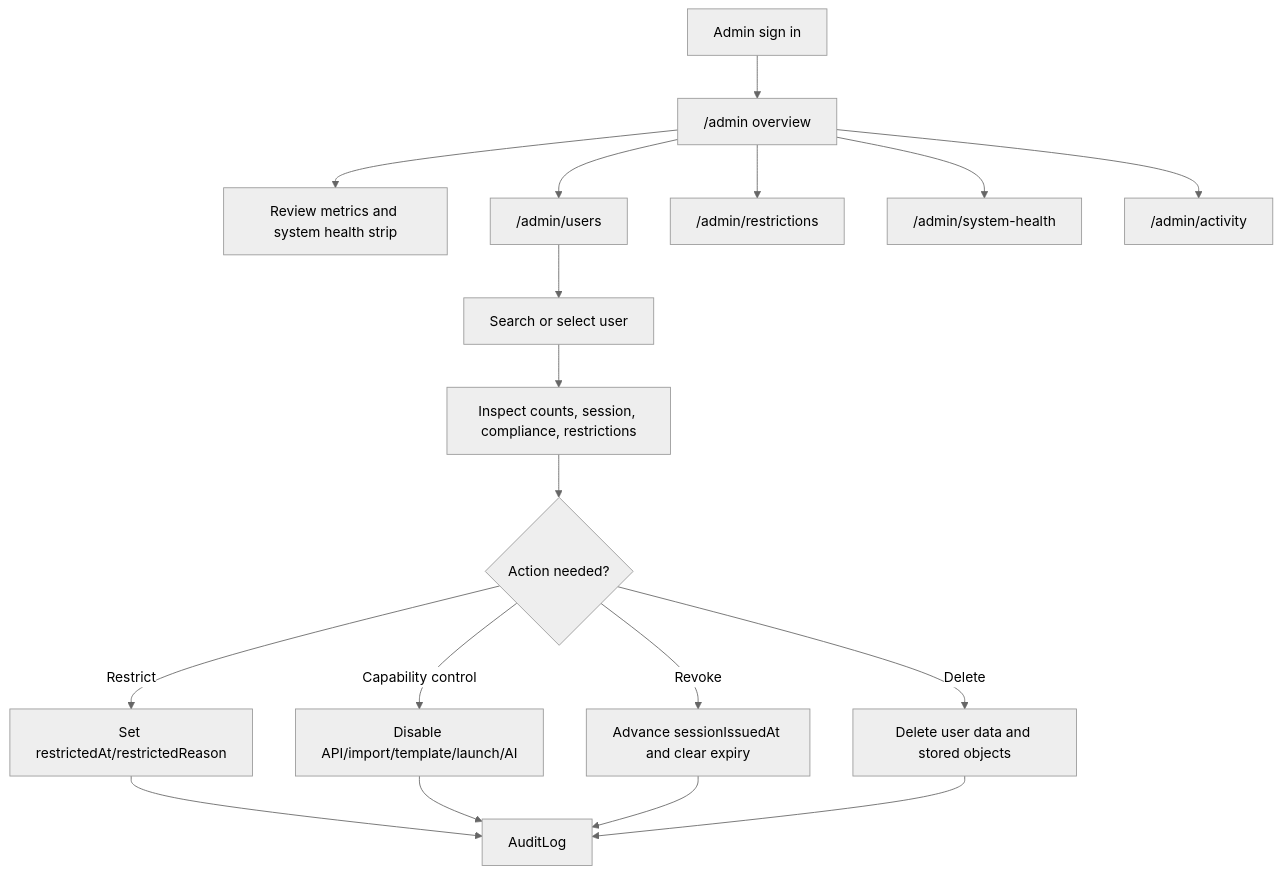
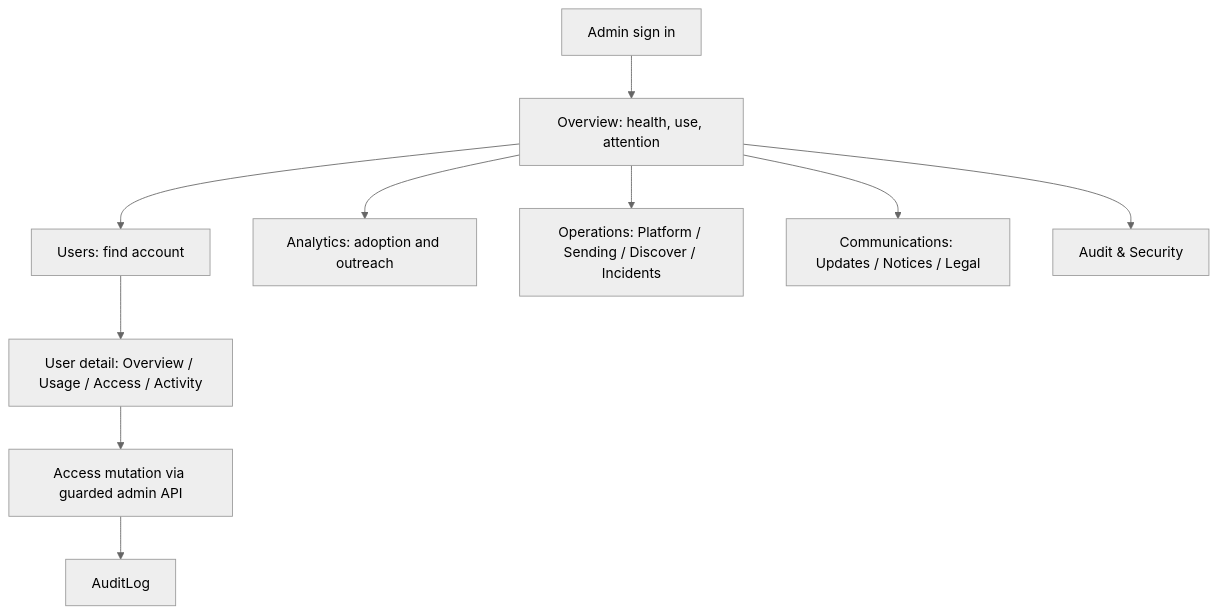
The fourth of 13 diagrams in DOCUMENTATION.md (ka8540/Sendloom), drawn with Mermaid (neutral theme) before and after one commit. The commit also changed other lines of this file and 47 other files, not shown here.

````diff
--- a/DOCUMENTATION.md
+++ b/DOCUMENTATION.md
@@ -464,20 +460,12 @@
 ```mermaid
 flowchart TD
-    A["Admin sign in"] --> B["/admin overview"]
-    B --> C["Review metrics and system health strip"]
-    B --> D["/admin/users"]
-    D --> E["Search or select user"]
-    E --> F["Inspect counts, session, compliance, restrictions"]
-    F --> G{"Action needed?"}
-    G -->|Restrict| H["Set restrictedAt/restrictedReason"]
-    G -->|Capability control| I["Disable API/import/template/launch/AI"]
-    G -->|Revoke| J["Advance sessionIssuedAt and clear expiry"]
-    G -->|Delete| K["Delete user data and stored objects"]
-    B --> L["/admin/restrictions"]
-    B --> M["/admin/system-health"]
-    B --> N["/admin/activity"]
-    H --> O["AuditLog"]
-    I --> O
-    J --> O
-    K --> O
+    A["Admin sign in"] --> B["Overview: health, use, attention"]
+    B --> C["Users: find account"]
+    C --> D["User detail: Overview / Usage / Access / Activity"]
+    D --> E["Access mutation via guarded admin API"]
+    E --> F["AuditLog"]
+    B --> G["Analytics: adoption and outreach"]
+    B --> H["Operations: Platform / Sending / Discover / Incidents"]
+    B --> I["Communications: Updates / Notices / Legal"]
+    B --> J["Audit & Security"]
 ```
````
